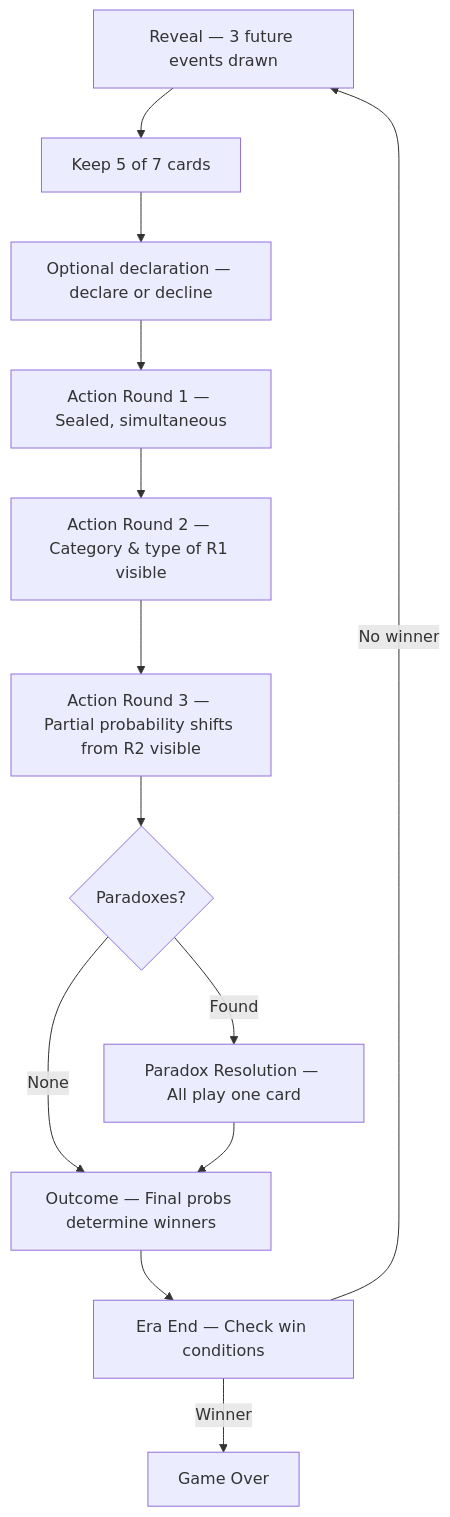
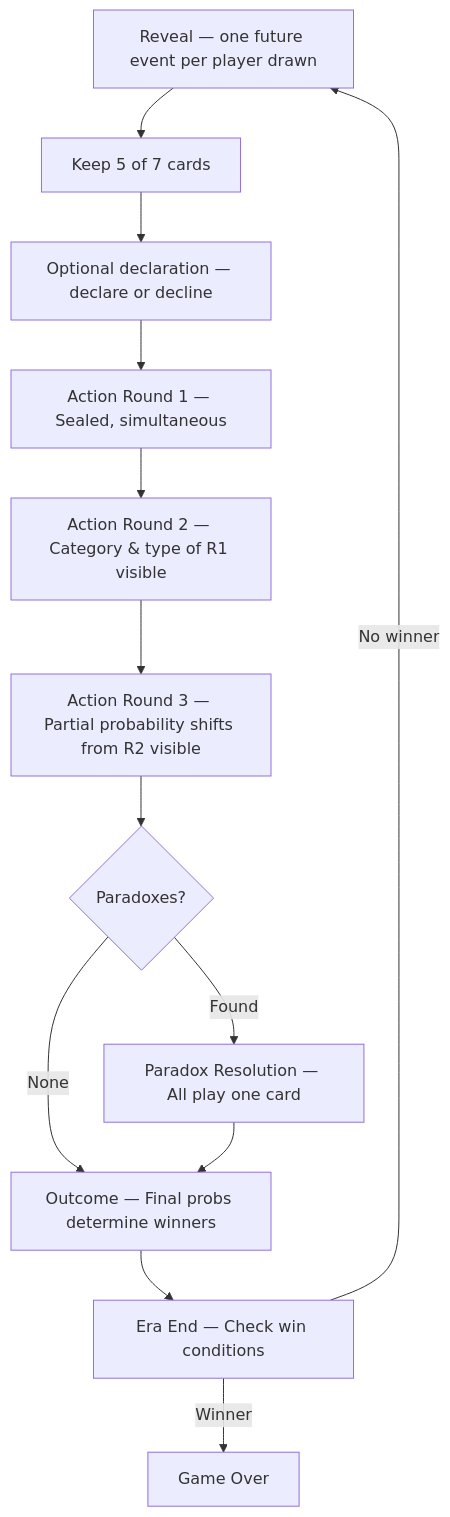
Before and after one commit to temporal-rift/docs: the diagram in game-design/era-structure.mdx, drawn with Mermaid. The commit also changed other lines of this file and 7 other files, not shown here.

````diff
--- a/game-design/era-structure.mdx
+++ b/game-design/era-structure.mdx
@@ -11,15 +11,15 @@
 ```mermaid
 flowchart TD
-  A[Reveal — 3 future events drawn] --> HS[Keep 5 of 7 cards]
+  A[Reveal — one future event per player drawn] --> HS[Keep 5 of 7 cards]
   HS --> DW[Optional declaration — declare or decline]
   DW --> B[Action Round 1 — Sealed, simultaneous]
   B --> C[Action Round 2 — Category & type of R1 visible]
   C --> R3[Action Round 3 — Partial probability shifts from R2 visible]
   R3 --> E{Paradoxes?}
   E -->|None| G[Outcome — Final probs determine winners]
   E -->|Found| F[Paradox Resolution — All play one card]
   F --> G
   G --> H[Era End — Check win conditions]
   H -->|Winner| I[Game Over]
   H -->|No winner| A
 ```
````
